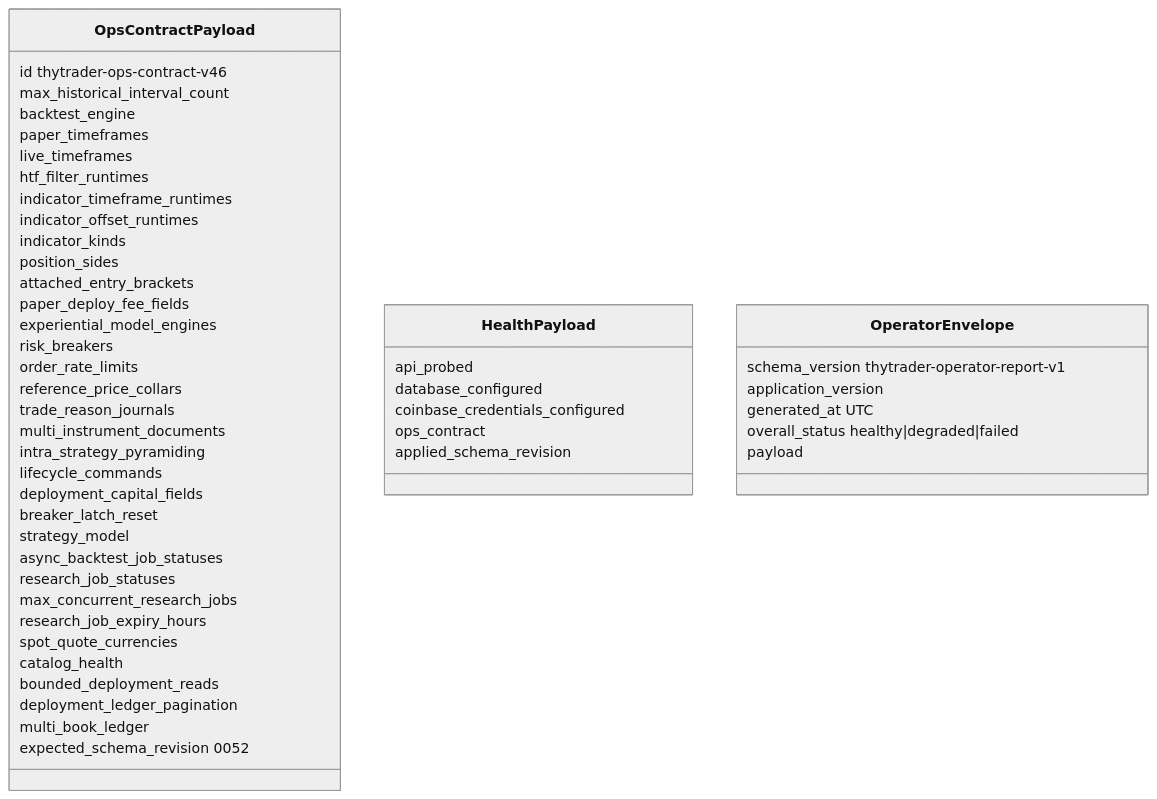
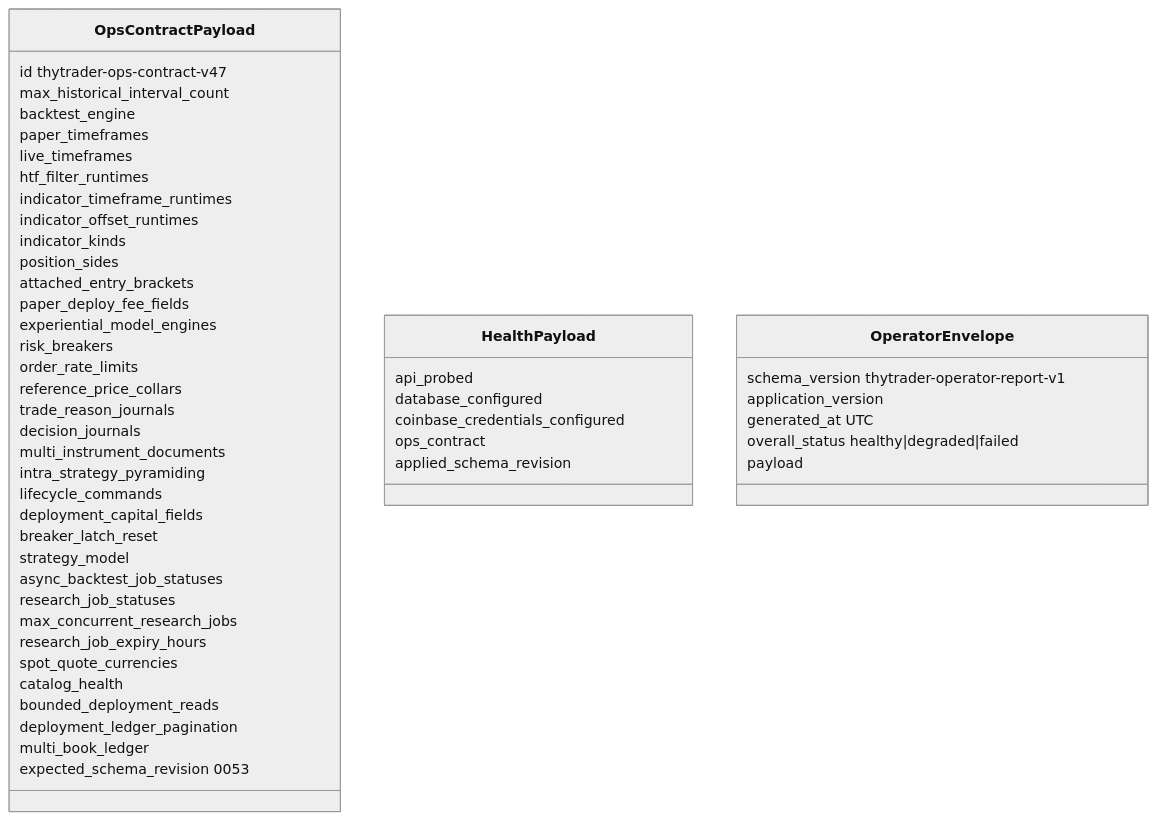
The diagram in docs/architecture/contracts/ops-contract.md (Zoltesh/thytrader), drawn with Mermaid (neutral theme) before and after one commit. The commit also changed other lines of this file and 72 other files, not shown here.

````diff
--- a/docs/architecture/contracts/ops-contract.md
+++ b/docs/architecture/contracts/ops-contract.md
@@ -48,52 +49,53 @@
 ```mermaid
 classDiagram
   class OpsContractPayload {
-    id thytrader-ops-contract-v46
+    id thytrader-ops-contract-v47
     max_historical_interval_count
     backtest_engine
     paper_timeframes
     live_timeframes
     htf_filter_runtimes
     indicator_timeframe_runtimes
     indicator_offset_runtimes
     indicator_kinds
     position_sides
     attached_entry_brackets
     paper_deploy_fee_fields
     experiential_model_engines
     risk_breakers
     order_rate_limits
     reference_price_collars
     trade_reason_journals
+    decision_journals
     multi_instrument_documents
     intra_strategy_pyramiding
     lifecycle_commands
     deployment_capital_fields
     breaker_latch_reset
     strategy_model
     async_backtest_job_statuses
     research_job_statuses
     max_concurrent_research_jobs
     research_job_expiry_hours
     spot_quote_currencies
     catalog_health
     bounded_deployment_reads
     deployment_ledger_pagination
     multi_book_ledger
-    expected_schema_revision 0052
+    expected_schema_revision 0053
   }
   class HealthPayload {
     api_probed
     database_configured
     coinbase_credentials_configured
     ops_contract
     applied_schema_revision
   }
   class OperatorEnvelope {
     schema_version thytrader-operator-report-v1
     application_version
     generated_at UTC
     overall_status healthy|degraded|failed
     payload
   }
 ```
````
